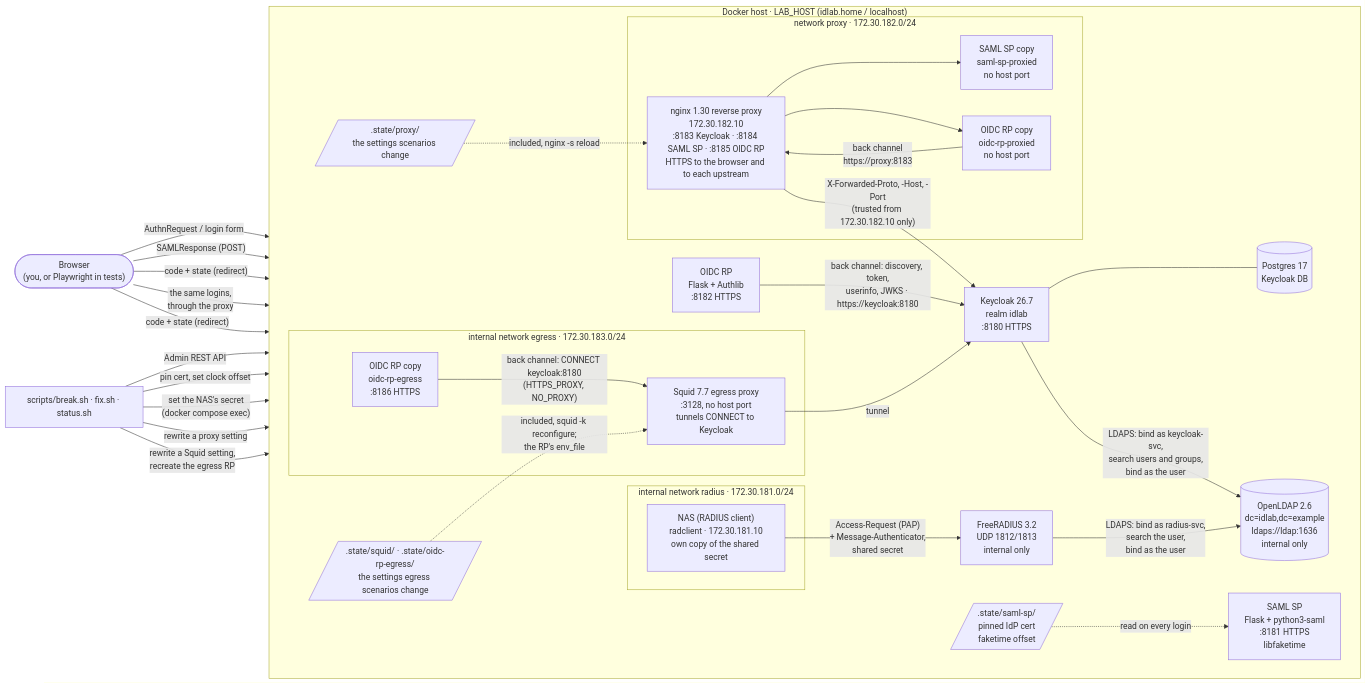
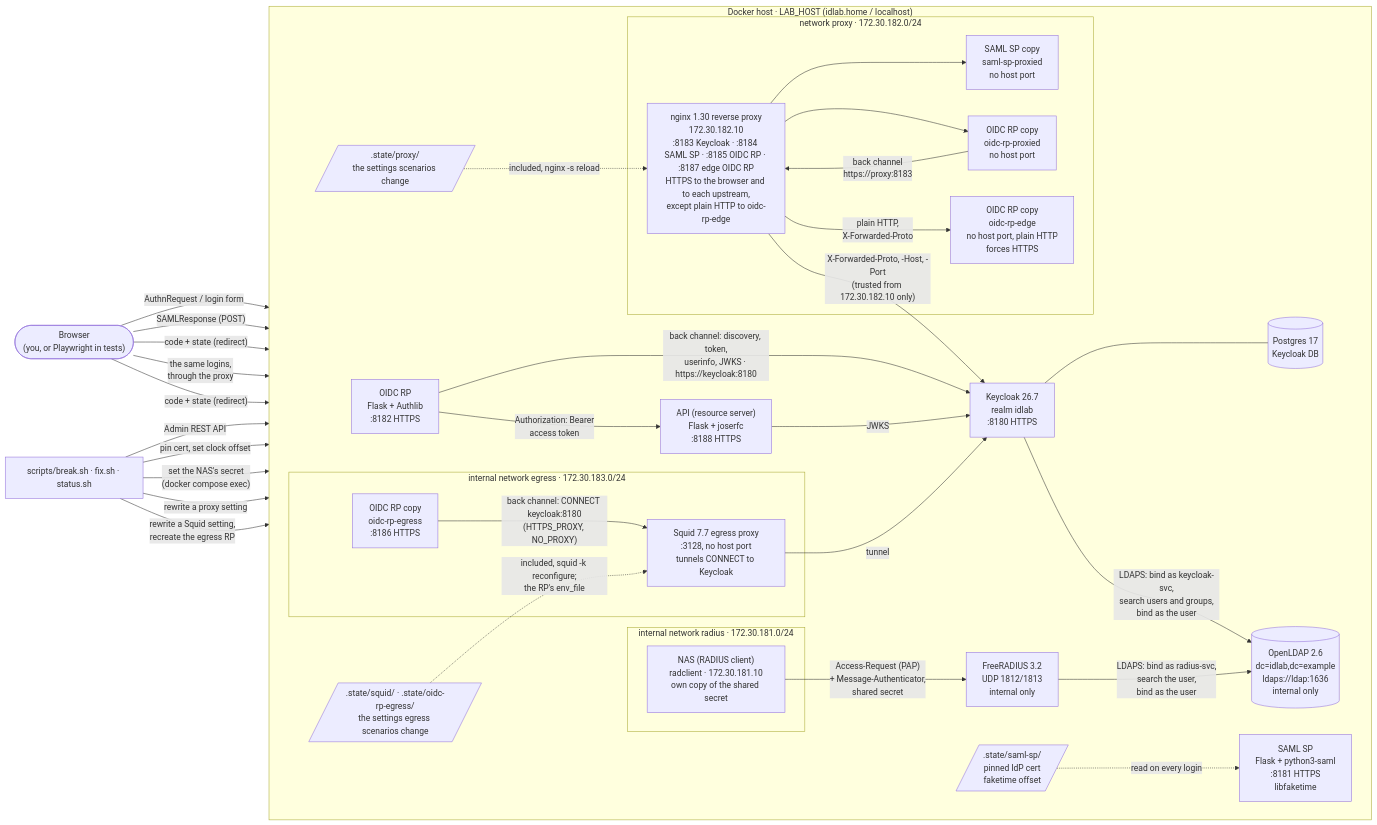
One commit to MarkHawk/identity-lab changed the diagram in README.md. Above: the diagram before and after it, drawn with Mermaid. The commit also changed other lines of this file and 2 other files, not shown here.

````diff
--- a/README.md
+++ b/README.md
@@ -26,54 +26,59 @@
 ```mermaid
 flowchart LR
     user(["Browser<br/>(you, or Playwright in tests)"])
 
     subgraph host["Docker host · LAB_HOST (idlab.home / localhost)"]
         direction LR
         kc["Keycloak 26.7<br/>realm idlab<br/>:8180 HTTPS"]
         pg[("Postgres 17<br/>Keycloak DB")]
         ldap[("OpenLDAP 2.6<br/>dc=idlab,dc=example<br/>ldaps://ldap:1636<br/>internal only")]
         sp["SAML SP<br/>Flask + python3-saml<br/>:8181 HTTPS<br/>libfaketime"]
         rp["OIDC RP<br/>Flask + Authlib<br/>:8182 HTTPS"]
+        api["API (resource server)<br/>Flask + joserfc<br/>:8188 HTTPS"]
         subgraph proxynet["network proxy · 172.30.182.0/24"]
-            proxy["nginx 1.30 reverse proxy<br/>172.30.182.10<br/>:8183 Keycloak · :8184 SAML SP · :8185 OIDC RP<br/>HTTPS to the browser and to each upstream"]
+            proxy["nginx 1.30 reverse proxy<br/>172.30.182.10<br/>:8183 Keycloak · :8184 SAML SP · :8185 OIDC RP · :8187 edge OIDC RP<br/>HTTPS to the browser and to each upstream,<br/>except plain HTTP to oidc-rp-edge"]
             spp["SAML SP copy<br/>saml-sp-proxied<br/>no host port"]
             rpp["OIDC RP copy<br/>oidc-rp-proxied<br/>no host port"]
+            rpx["OIDC RP copy<br/>oidc-rp-edge<br/>no host port, plain HTTP<br/>forces HTTPS"]
         end
         pstate[/".state/proxy/<br/>the settings scenarios change"/]
         subgraph egressnet["internal network egress · 172.30.183.0/24"]
             rpe["OIDC RP copy<br/>oidc-rp-egress<br/>:8186 HTTPS"]
             squid["Squid 7.7 egress proxy<br/>:3128, no host port<br/>tunnels CONNECT to Keycloak"]
         end
         sstate[/".state/squid/ · .state/oidc-rp-egress/<br/>the settings egress scenarios change"/]
         pin[/".state/saml-sp/<br/>pinned IdP cert<br/>faketime offset"/]
         subgraph radnet["internal network radius · 172.30.181.0/24"]
             nas["NAS (RADIUS client)<br/>radclient · 172.30.181.10<br/>own copy of the shared secret"]
         end
         radius["FreeRADIUS 3.2<br/>UDP 1812/1813<br/>internal only"]
     end
 
     user -- "AuthnRequest / login form" --> kc
     user -- "SAMLResponse (POST)" --> sp
     user -- "code + state (redirect)" --> rp
     rp -- "back channel: discovery, token,<br/>userinfo, JWKS · https://keycloak:8180" --> kc
     user -- "the same logins,<br/>through the proxy" --> proxy
     proxy -- "X-Forwarded-Proto, -Host, -Port<br/>(trusted from 172.30.182.10 only)" --> kc
     proxy --> spp
     proxy --> rpp
+    proxy -- "plain HTTP,<br/>X-Forwarded-Proto" --> rpx
+    rp -- "Authorization: Bearer<br/>access token" --> api
+    api -- "JWKS" --> kc
     rpp -- "back channel<br/>https://proxy:8183" --> proxy
     pstate -. "included, nginx -s reload" .-> proxy
     user -- "code + state (redirect)" --> rpe
     rpe -- "back channel: CONNECT keycloak:8180<br/>(HTTPS_PROXY, NO_PROXY)" --> squid
     squid -- "tunnel" --> kc
     sstate -. "included, squid -k reconfigure;<br/>the RP's env_file" .-> squid
     kc --- pg
     kc -- "LDAPS: bind as keycloak-svc,<br/>search users and groups,<br/>bind as the user" --> ldap
     pin -. "read on every login" .-> sp
     nas -- "Access-Request (PAP)<br/>+ Message-Authenticator,<br/>shared secret" --> radius
     radius -- "LDAPS: bind as radius-svc,<br/>search the user,<br/>bind as the user" --> ldap
     scripts["scripts/break.sh · fix.sh · status.sh"] -- "Admin REST API" --> kc
     scripts -- "pin cert, set clock offset" --> pin
     scripts -- "set the NAS's secret<br/>(docker compose exec)" --> nas
     scripts -- "rewrite a proxy setting" --> pstate
     scripts -- "rewrite a Squid setting,<br/>recreate the egress RP" --> sstate
 ```
````
